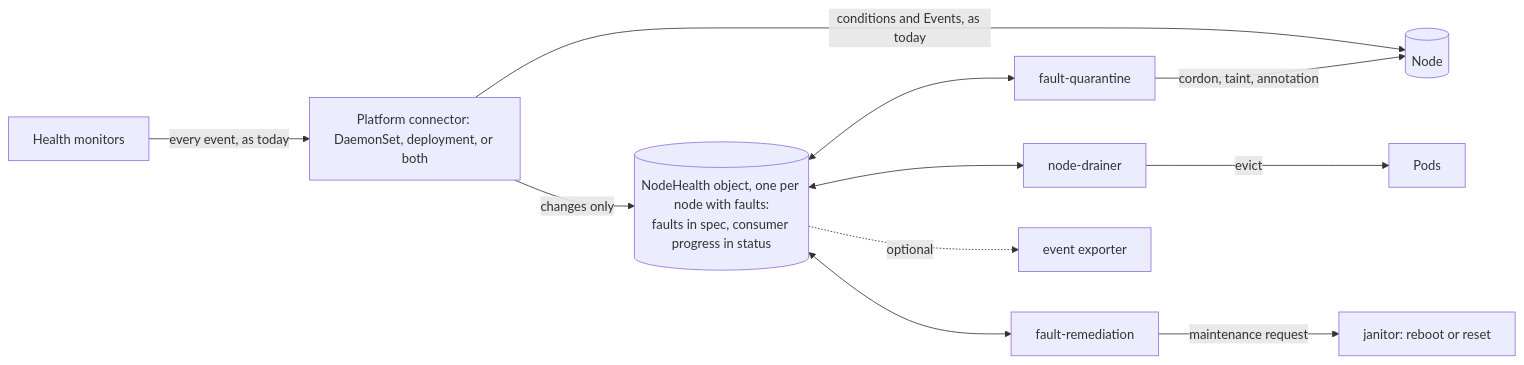
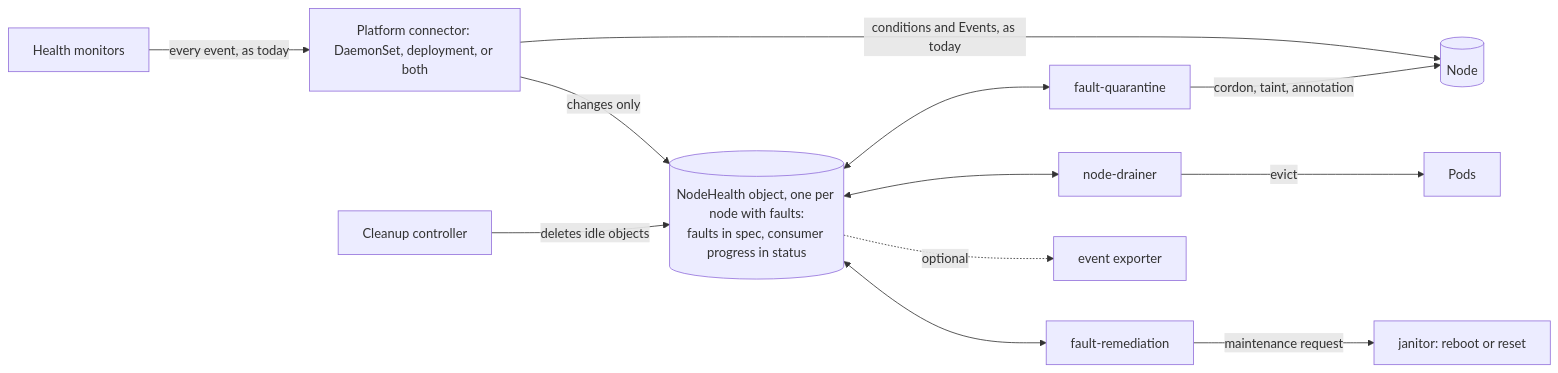
One commit to KaivalyaMDabhadkar/NVSentinel changed the first of 2 diagrams in docs/designs/066-nodehealth-remediation-without-a-database.md. Above: the diagram before and after it, drawn with Mermaid. The commit also changed other lines of this file, not shown here.

````diff
--- a/docs/designs/066-nodehealth-remediation-without-a-database.md
+++ b/docs/designs/066-nodehealth-remediation-without-a-database.md
@@ -54,10 +56,11 @@
 ```mermaid
 flowchart LR
   mon["Health monitors"] -->|"every event, as today"| pc["Platform connector: DaemonSet, deployment, or both"]
   pc -->|"changes only"| nh[("NodeHealth object, one per node with faults:<br/>faults in spec, consumer progress in status")]
   pc -->|"conditions and Events, as today"| node[("Node")]
   nh <--> fq["fault-quarantine"] -->|"cordon, taint, annotation"| node
   nh <--> nd["node-drainer"] -->|"evict"| pods["Pods"]
   nh <--> fr["fault-remediation"] -->|"maintenance request"| jan["janitor: reboot or reset"]
   nh -.->|"optional"| exp["event exporter"]
+  ttl["Cleanup controller"] -->|"deletes idle objects"| nh
 ```
````
